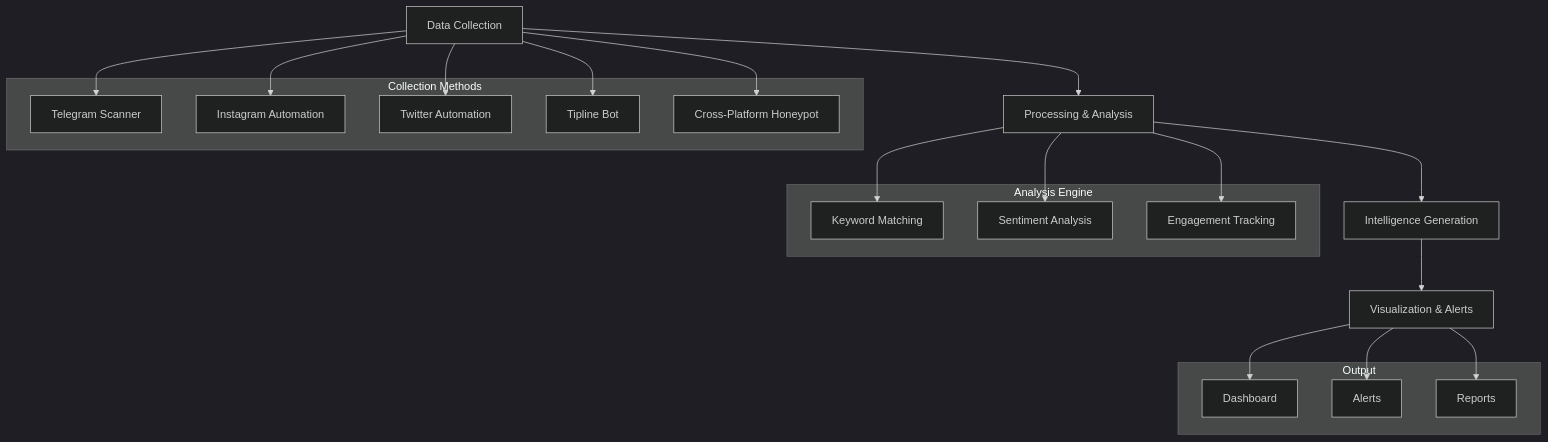
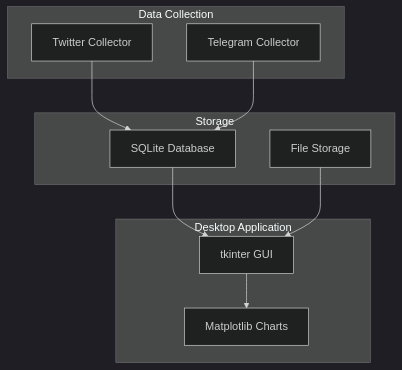
One commit to Divesh-Kshirsagar/Anti-India-Campaigns-Detector changed the diagram in docs/index.md. Above: the diagram before and after it, drawn with Mermaid (dark theme). The commit also changed other lines of this file and 7 other files, not shown here.

````diff
--- a/docs/index.md
+++ b/docs/index.md
@@ -25,40 +22,23 @@
 ```mermaid
-graph TB
-    A[Data Collection] --> B[Processing & Analysis]
-    B --> C[Intelligence Generation]
-    C --> D[Visualization & Alerts]
-    
-    subgraph "Collection Methods"
-        A1[Telegram Scanner]
-        A2[Instagram Automation]
-        A3[Twitter Automation]
-        A4[Tipline Bot]
-        A5[Cross-Platform Honeypot]
+flowchart TD
+    subgraph DataCollection[Data Collection]
+        A[Twitter Collector]
+        B[Telegram Collector]
     end
-    
-    subgraph "Analysis Engine"
-        B1[Keyword Matching]
-        B2[Sentiment Analysis]
-        B3[Engagement Tracking]
+
+    subgraph Storage[Storage]
+        C[SQLite Database]
+        D[File Storage]
     end
-    
-    subgraph "Output"
-        D1[Dashboard]
-        D2[Alerts]
-        D3[Reports]
+
+    subgraph UI[Desktop Application]
+        E[tkinter GUI]
+        F[Matplotlib Charts]
     end
-    
-    A --> A1
-    A --> A2
-    A --> A3
-    A --> A4
-    A --> A5
-    
-    B --> B1
-    B --> B2
-    B --> B3
-    
-    D --> D1
-    D --> D2
-    D --> D3
+
+    A --> C
+    B --> C
+    C --> E
+    D --> E
+    E --> F
 ```
````
